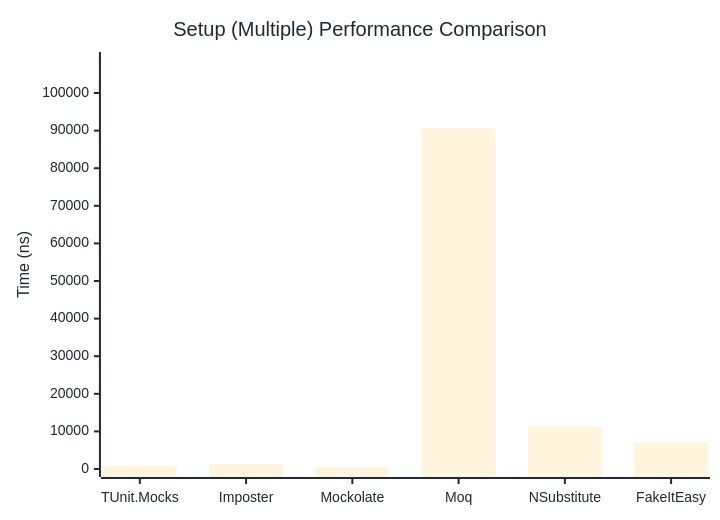
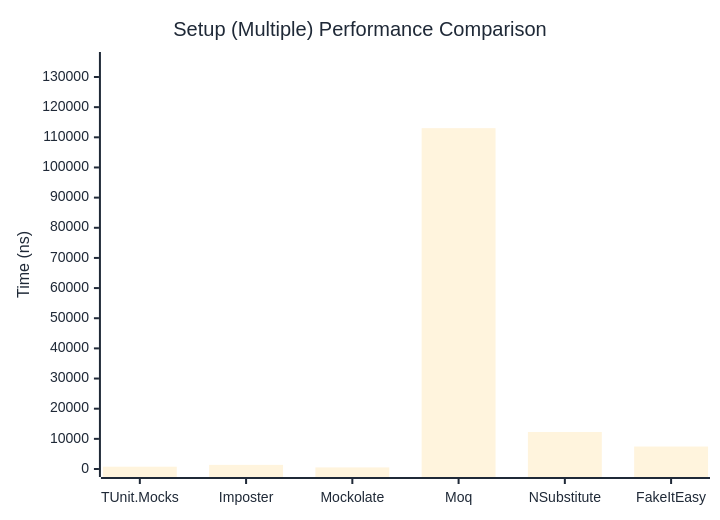
Before and after one commit to thomhurst/TUnit: the second of 2 diagrams in docs/docs/benchmarks/mocks/Setup.md, drawn with Mermaid. The commit also changed other lines of this file and 14 other files, not shown here.

````diff
--- a/docs/docs/benchmarks/mocks/Setup.md
+++ b/docs/docs/benchmarks/mocks/Setup.md
@@ -71,27 +71,27 @@
 ```mermaid
 %%{init: {
   'theme':'base',
   'themeVariables': {
     'primaryColor': '#2563eb',
     'primaryTextColor': '#1f2937',
     'primaryBorderColor': '#1e40af',
     'lineColor': '#6b7280',
     'secondaryColor': '#7c3aed',
     'tertiaryColor': '#dc2626',
     'background': '#ffffff',
     'pie1': '#2563eb',
     'pie2': '#7c3aed',
     'pie3': '#dc2626',
     'pie4': '#f59e0b',
     'pie5': '#10b981',
     'pie6': '#06b6d4',
     'pie7': '#ec4899',
     'pie8': '#6366f1'
   }
 }}%%
 xychart-beta
   title "Setup (Multiple) Performance Comparison"
   x-axis ["TUnit.Mocks", "Imposter", "Mockolate", "Moq", "NSubstitute", "FakeItEasy"]
-  y-axis "Time (ns)" 0 --> 108784
-  bar [823.4, 1347.1, 563.6, 90652.6, 11296.1, 7030]
+  y-axis "Time (ns)" 0 --> 135641
+  bar [762.8, 1364.7, 527.3, 113034, 12275.3, 7454.1]
 ```
````
